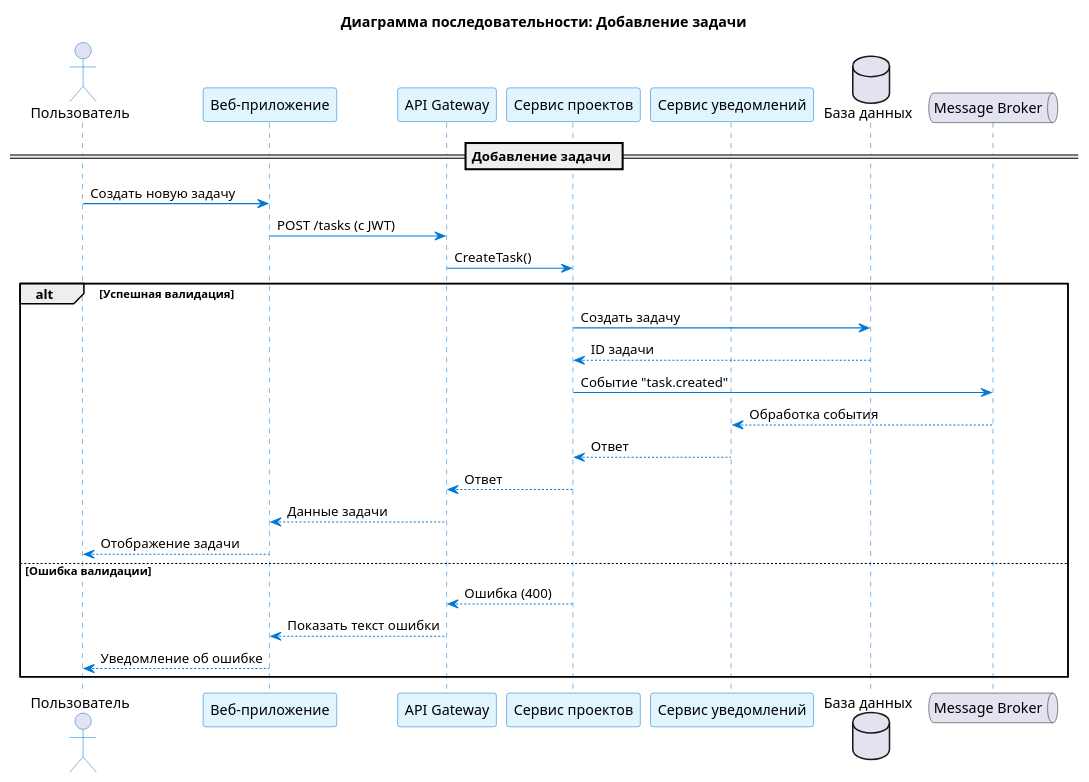
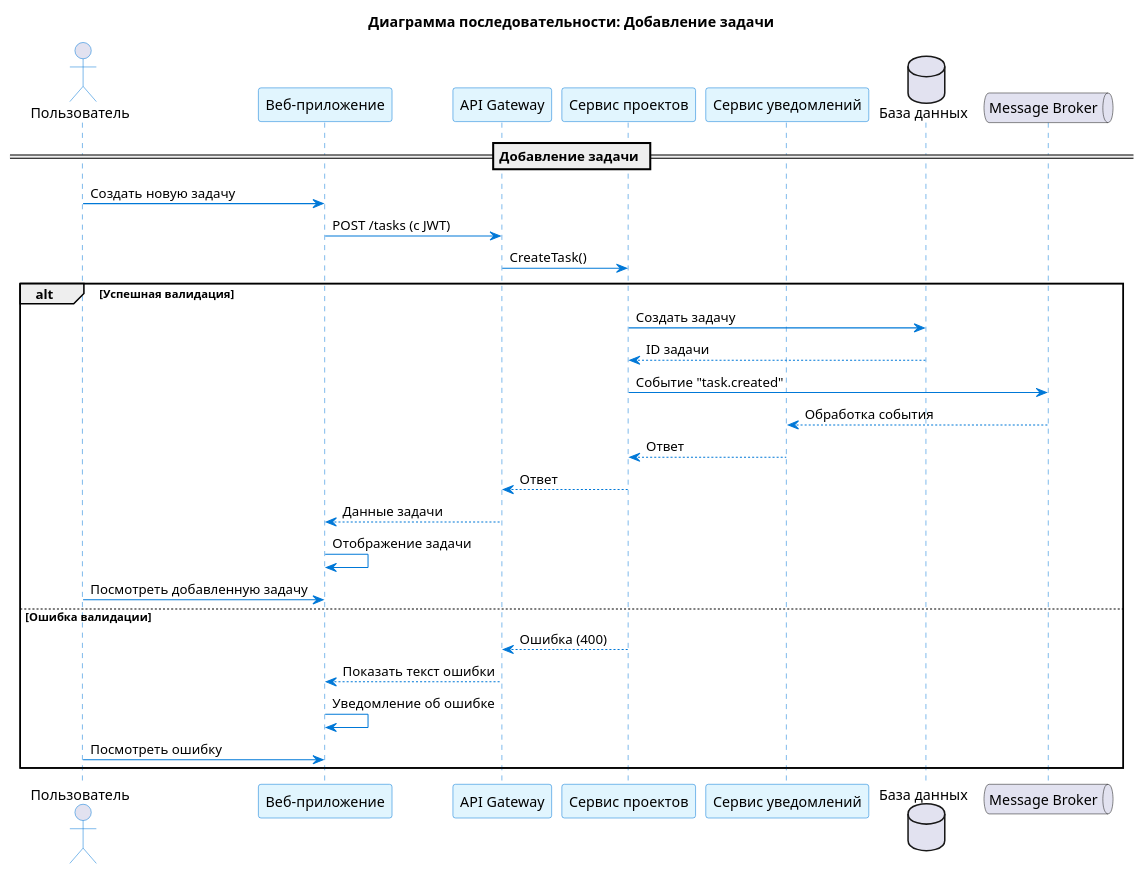
The first of 2 diagrams in UML.puml (Ksenia530/Practice), drawn with PlantUML before and after one commit. The commit also changed other lines of this file, not shown here.

Commit message:
UMLChange

```diff
--- a/UML.puml
+++ b/UML.puml
@@ -1,45 +1,47 @@
 @startuml
 title Диаграмма последовательности: Добавление задачи
 skinparam backgroundColor #FFF
 skinparam sequence {
   ArrowColor #0078D7
   ActorBorderColor #0078D7
   LifeLineBorderColor #0078D7
   LifeLineBackgroundColor #F0F0F0
   ParticipantBorderColor #0078D7
   ParticipantBackgroundColor #E1F5FE
 }
 
 actor Пользователь as user
 participant "Веб-приложение" as web
 participant "API Gateway" as api
 participant "Сервис проектов" as project
 participant "Сервис уведомлений" as notify
 database "База данных" as db
 queue "Message Broker" as mq
 
 == Добавление задачи ==
 
 
   user -> web : Создать новую задачу
   web -> api : POST /tasks (с JWT)
   api -> project : CreateTask()
   
   alt Успешная валидация
     project -> db : Создать задачу
     db --> project : ID задачи
     project -> mq : Событие "task.created"
     mq --> notify : Обработка события
     notify --> project : Ответ
     project --> api : Ответ
     api --> web : Данные задачи
-    web --> user : Отображение задачи
+    web -> web : Отображение задачи
+    user -> web : Посмотреть добавленную задачу
   else Ошибка валидации
     project --> api : Ошибка (400)
     api --> web : Показать текст ошибки
-    web --> user : Уведомление об ошибке
+    web -> web : Уведомление об ошибке
+    user -> web : Посмотреть ошибку
   end
 
 
 
 @enduml
```
